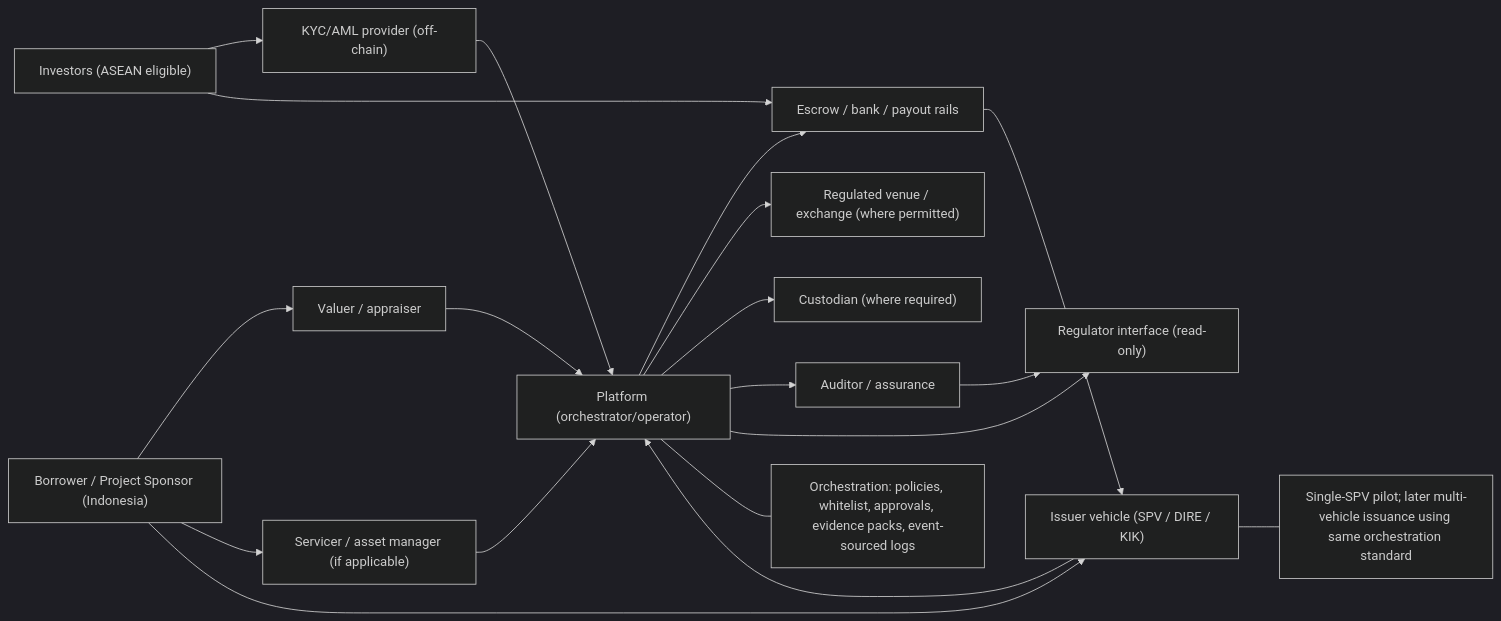
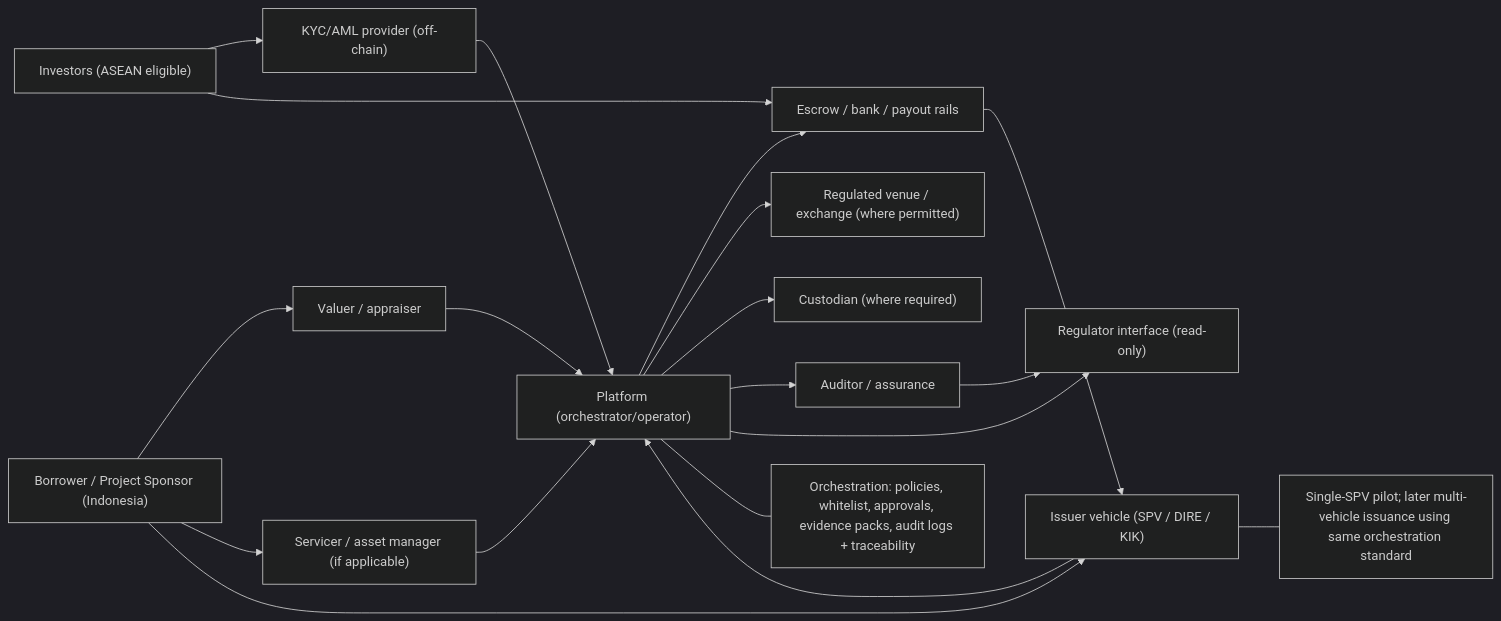
Before and after one commit to ljcom/asean-rwa-whitepaper: the diagram in 02-figures/diagrams/stakeholder-operating-model.md, drawn with Mermaid (dark theme). The commit also changed 11 other files, not shown here.

````diff
--- a/02-figures/diagrams/stakeholder-operating-model.md
+++ b/02-figures/diagrams/stakeholder-operating-model.md
@@ -5,45 +5,45 @@
 ```mermaid
 flowchart LR
   %% Core parties
   INV["Investors (ASEAN eligible)"]
   BOR["Borrower / Project Sponsor (Indonesia)"]
   ISS["Issuer vehicle (SPV / DIRE / KIK)"]
   PLAT["Platform (orchestrator/operator)"]
 
   %% Regulated / assurance functions
   KYC["KYC/AML provider (off-chain)"]
   ESC["Escrow / bank / payout rails"]
   VAL["Valuer / appraiser"]
   SERV["Servicer / asset manager (if applicable)"]
   VEN["Regulated venue / exchange (where permitted)"]
   CUST["Custodian (where required)"]
   AUD["Auditor / assurance"]
   REG["Regulator interface (read-only)"]
 
   %% Primary lifecycle
   BOR --> VAL
   BOR --> SERV
   BOR --> ISS
 
   INV --> KYC
   KYC --> PLAT
   VAL --> PLAT
   SERV --> PLAT
 
   INV --> ESC
   ESC --> ISS
   PLAT --> ESC
 
   ISS --> PLAT
   PLAT --> VEN
   PLAT --> CUST
 
   %% Reporting / oversight
   PLAT --> AUD
   AUD --> REG
   PLAT --> REG
 
   %% Notes
-  PLAT --- NOTE1["Orchestration: policies, whitelist, approvals, evidence packs, event-sourced logs"]
+  PLAT --- NOTE1["Orchestration: policies, whitelist, approvals, evidence packs, audit logs + traceability"]
   ISS --- NOTE2["Single-SPV pilot; later multi-vehicle issuance using same orchestration standard"]
 ```
````
